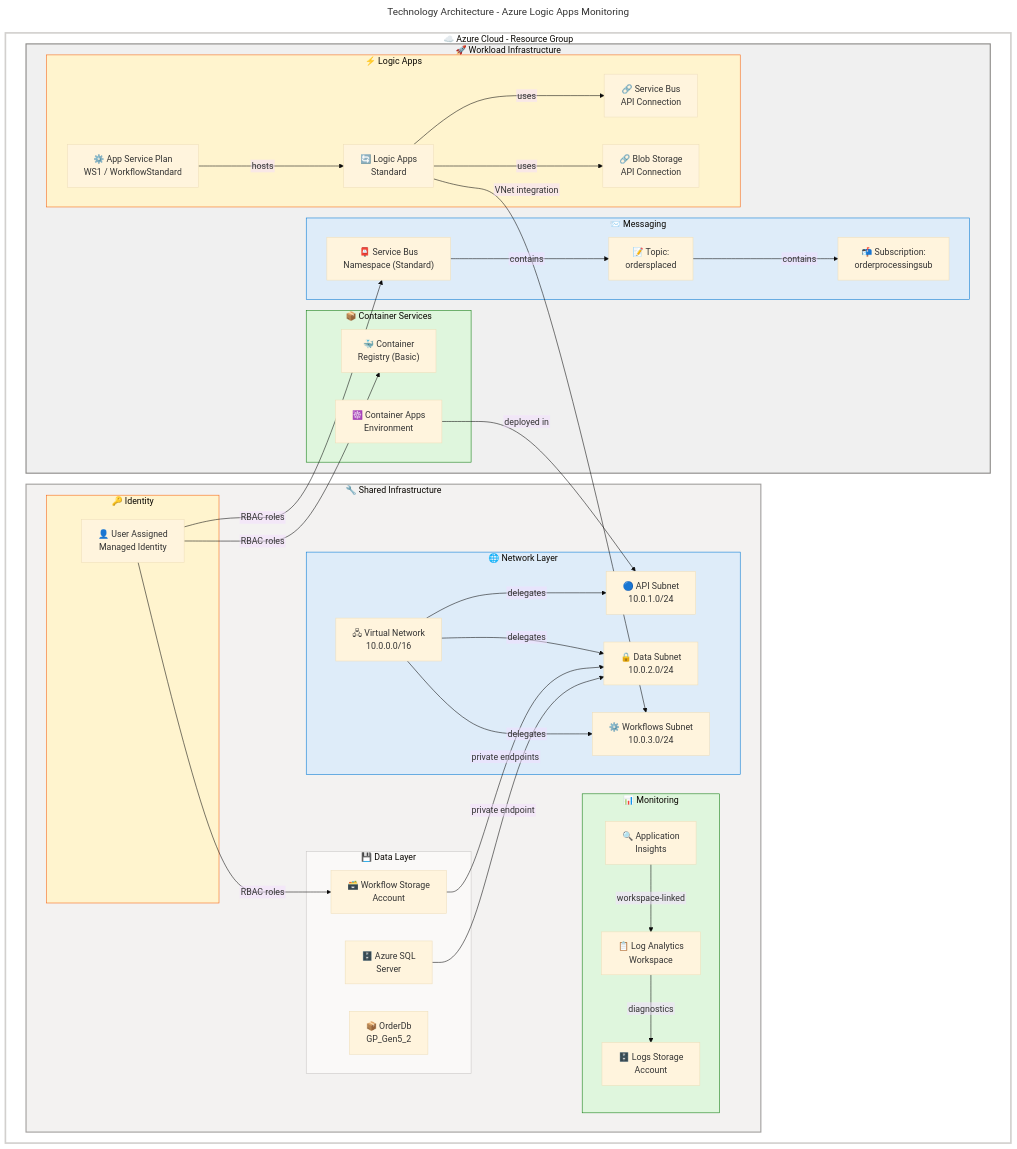
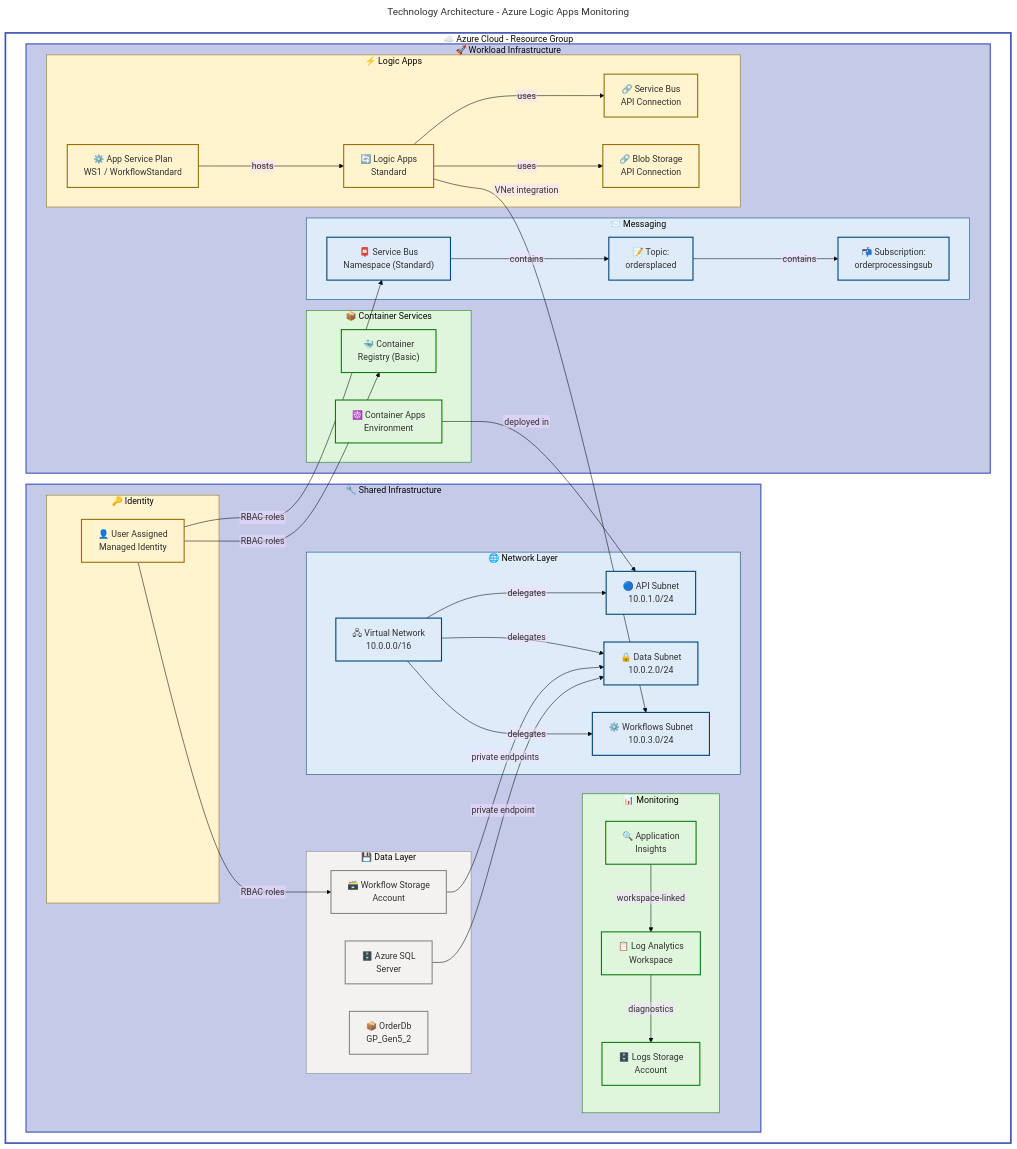
The first of 3 diagrams in docs/architecture/Technology-Layer-Architecture.md (Evilazaro/Azure-LogicApps-Monitoring), drawn with Mermaid before and after one commit. The commit also changed other lines of this file, not shown here.

Commit message:
docs: enhance styling and color definitions in Technology Layer architecture diagrams for improved clarity and consistency

````diff
--- a/docs/architecture/Technology-Layer-Architecture.md
+++ b/docs/architecture/Technology-Layer-Architecture.md
@@ -140,14 +140,27 @@
     SBNs -->|contains| SBTopic
     SBTopic -->|contains| SBSub
 
-    style AzCloud fill:#FFFFFF,stroke:#D2D0CE,stroke-width:3px
-    style SharedLayer fill:#F3F2F1,stroke:#A19F9D,stroke-width:2px
-    style NetZone fill:#DEECF9,stroke:#0078D4,stroke-width:1px
-    style IdZone fill:#FFF4CE,stroke:#F7630C,stroke-width:1px
-    style MonZone fill:#DFF6DD,stroke:#107C10,stroke-width:1px
-    style DataZone fill:#FAF9F8,stroke:#C8C6C4,stroke-width:1px
-    style WorkloadLayer fill:#F0F0F0,stroke:#8A8886,stroke-width:2px
-    style MsgZone fill:#DEECF9,stroke:#0078D4,stroke-width:1px
-    style ContainerZone fill:#DFF6DD,stroke:#107C10,stroke-width:1px
-    style WorkflowZone fill:#FFF4CE,stroke:#F7630C,stroke-width:1px
+    style AzCloud fill:#FFFFFF,stroke:#3F51B5,stroke-width:3px,color:#323130
+    style SharedLayer fill:#C5CAE9,stroke:#3F51B5,stroke-width:2px,color:#323130
+    style NetZone fill:#DEECF9,stroke:#004578,stroke-width:1px,color:#323130
+    style IdZone fill:#FFF4CE,stroke:#986F0B,stroke-width:1px,color:#323130
+    style MonZone fill:#DFF6DD,stroke:#107C10,stroke-width:1px,color:#323130
+    style DataZone fill:#F3F2F1,stroke:#8A8886,stroke-width:1px,color:#323130
+    style WorkloadLayer fill:#C5CAE9,stroke:#3F51B5,stroke-width:2px,color:#323130
+    style MsgZone fill:#DEECF9,stroke:#004578,stroke-width:1px,color:#323130
+    style ContainerZone fill:#DFF6DD,stroke:#107C10,stroke-width:1px,color:#323130
+    style WorkflowZone fill:#FFF4CE,stroke:#986F0B,stroke-width:1px,color:#323130
+
+    classDef azureBlue fill:#DEECF9,stroke:#004578,stroke-width:2px,color:#323130
+    classDef successGreen fill:#DFF6DD,stroke:#107C10,stroke-width:2px,color:#323130
+    classDef warningYellow fill:#FFF4CE,stroke:#986F0B,stroke-width:2px,color:#323130
+    classDef neutralGrey fill:#F3F2F1,stroke:#8A8886,stroke-width:2px,color:#323130
+
+    class VNet,ApiSubnet,DataSubnet,WfSubnet azureBlue
+    class MI warningYellow
+    class LAW,AppIns,LogsSA successGreen
+    class WfSA,SqlSrv,SqlDb neutralGrey
+    class SBNs,SBTopic,SBSub azureBlue
+    class ACR,CAE successGreen
+    class ASP,LA,SBConn,BlobConn warningYellow
 ```
````
